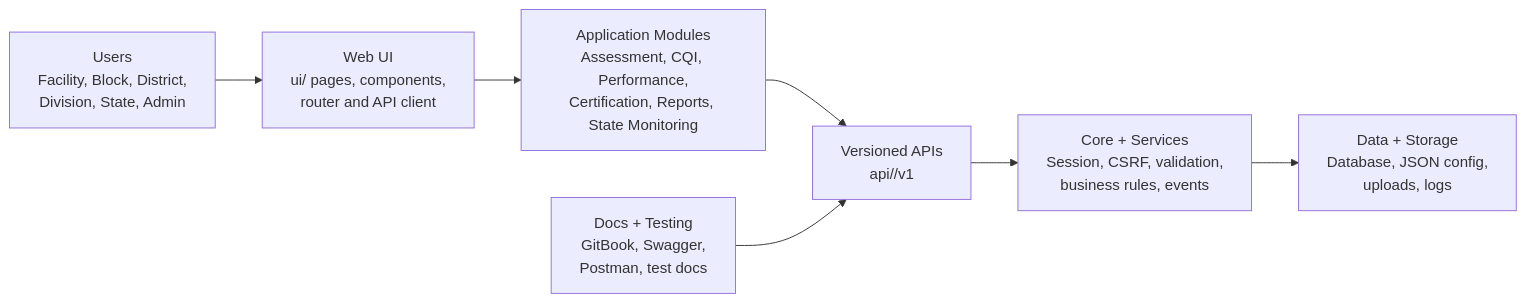
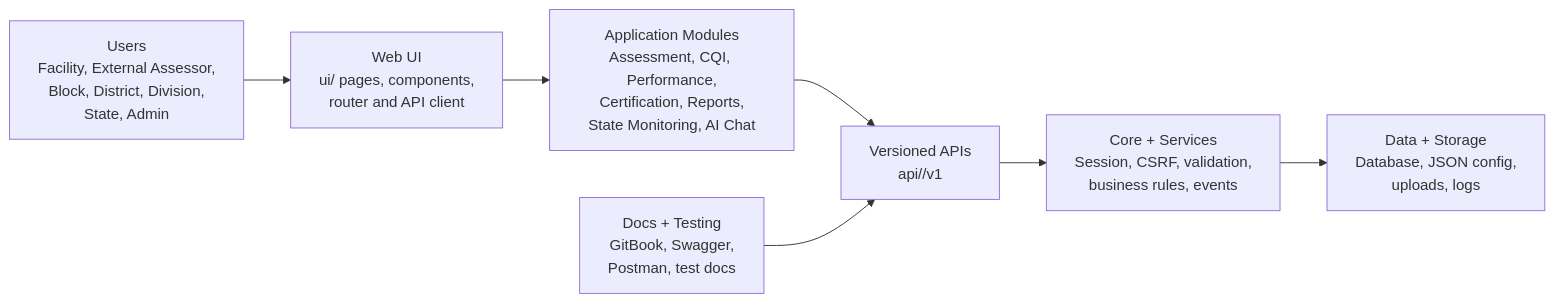
Before and after one commit to PSMRI/saQshi_open_source: the first of 10 diagrams in docs/architecture/technical_architecture.md, drawn with Mermaid. The commit also changed other lines of this file and 243 other files, not shown here.

````diff
--- a/docs/architecture/technical_architecture.md
+++ b/docs/architecture/technical_architecture.md
@@ -36,17 +36,17 @@
 ```mermaid
 flowchart LR
-    Users["Users<br/>Facility, Block, District,<br/>Division, State, Admin"]
+    Users["Users<br/>Facility, External Assessor,<br/>Block, District, Division,<br/>State, Admin"]
     UI["Web UI<br/>ui/ pages, components,<br/>router and API client"]
-    Modules["Application Modules<br/>Assessment, CQI, Performance,<br/>Certification, Reports, State Monitoring"]
+    Modules["Application Modules<br/>Assessment, CQI, Performance,<br/>Certification, Reports,<br/>State Monitoring, AI Chat"]
     API["Versioned APIs<br/>api/<module>/v1"]
     Core["Core + Services<br/>Session, CSRF, validation,<br/>business rules, events"]
     Data["Data + Storage<br/>Database, JSON config,<br/>uploads, logs"]
     Docs["Docs + Testing<br/>GitBook, Swagger,<br/>Postman, test docs"]
 
     Users --> UI
     UI --> Modules
     Modules --> API
     API --> Core
     Core --> Data
     Docs --> API
 ```
````
